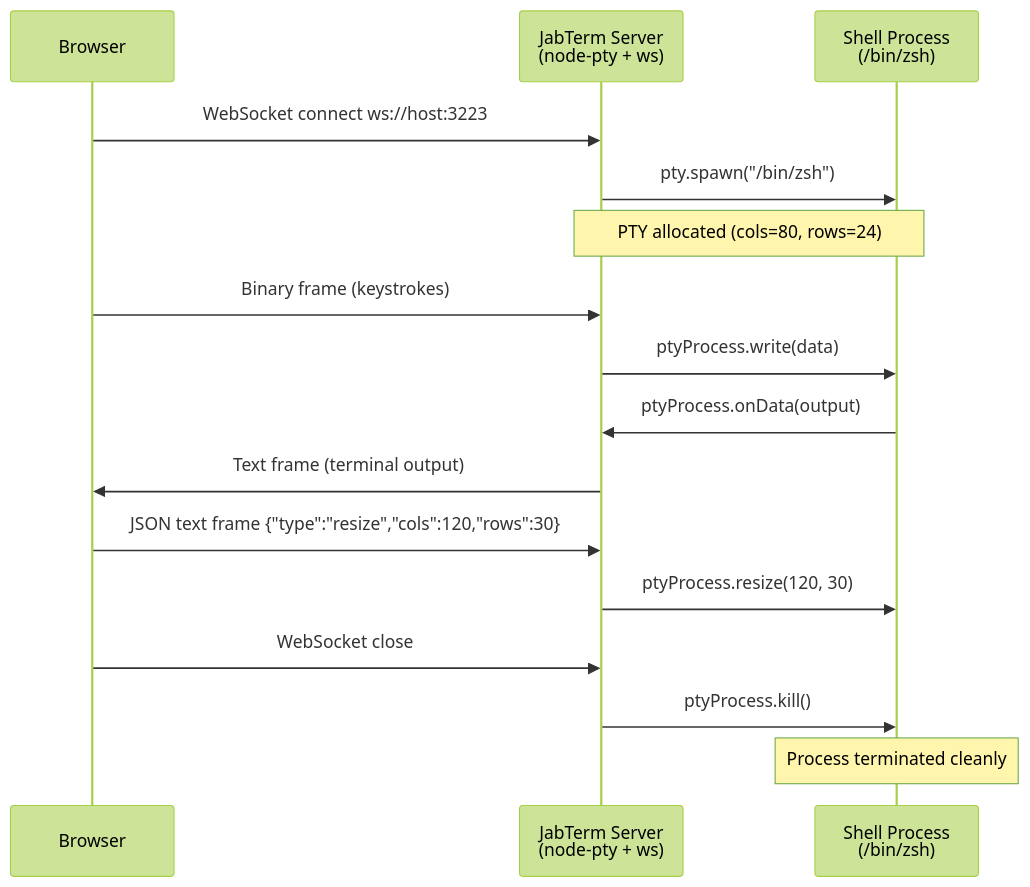
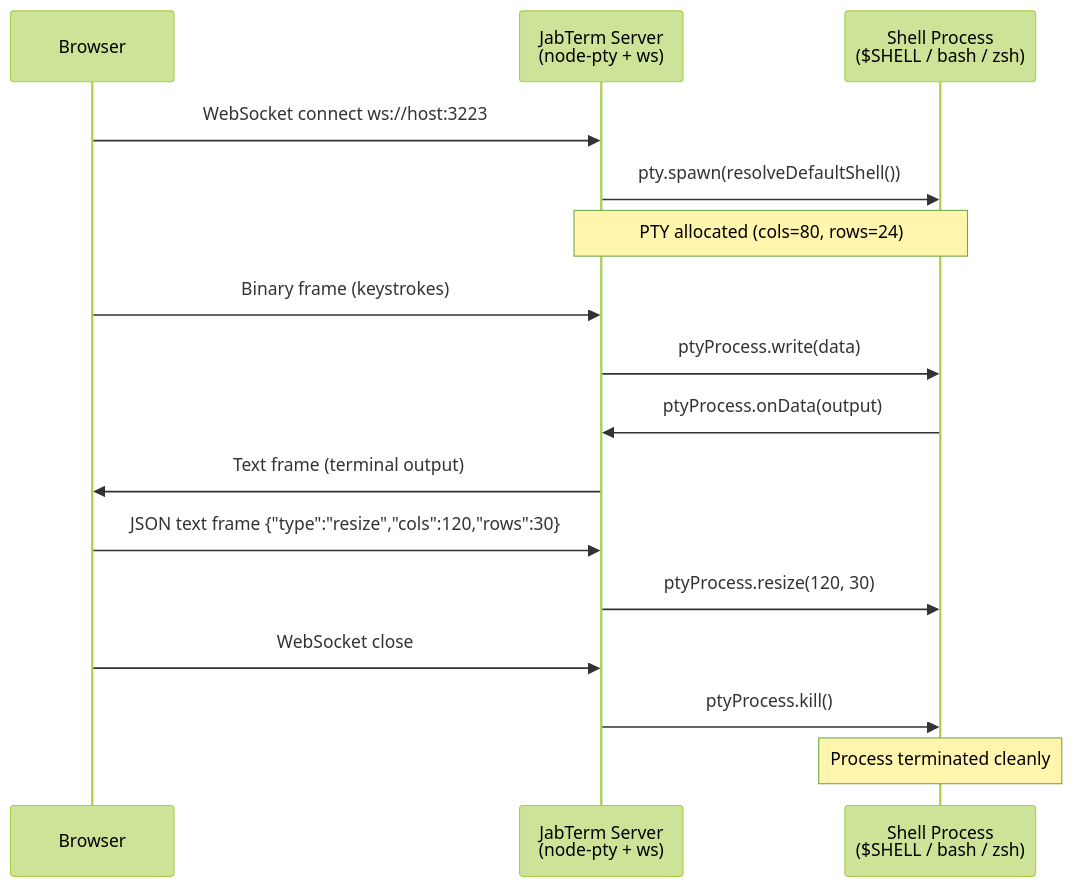
The first of 3 diagrams in docs/ARCHITECTURE.md (holiber/jabterm), drawn with Mermaid (forest theme) before and after one commit. The commit also changed 4 other files, not shown here.

Commit message:
Fix default shell selection on Linux

````diff
--- a/docs/ARCHITECTURE.md
+++ b/docs/ARCHITECTURE.md
@@ -14,22 +14,22 @@
 ```mermaid
 sequenceDiagram
     participant Browser
     participant JabTermServer as JabTerm Server<br/>(node-pty + ws)
-    participant Shell as Shell Process<br/>(/bin/zsh)
+    participant Shell as Shell Process<br/>($SHELL / bash / zsh)
 
     Browser->>JabTermServer: WebSocket connect ws://host:3223
-    JabTermServer->>Shell: pty.spawn("/bin/zsh")
+    JabTermServer->>Shell: pty.spawn(resolveDefaultShell())
     Note over JabTermServer,Shell: PTY allocated (cols=80, rows=24)
 
     Browser->>JabTermServer: Binary frame (keystrokes)
     JabTermServer->>Shell: ptyProcess.write(data)
     Shell->>JabTermServer: ptyProcess.onData(output)
     JabTermServer->>Browser: Text frame (terminal output)
 
     Browser->>JabTermServer: JSON text frame {"type":"resize","cols":120,"rows":30}
     JabTermServer->>Shell: ptyProcess.resize(120, 30)
 
     Browser->>JabTermServer: WebSocket close
     JabTermServer->>Shell: ptyProcess.kill()
     Note over Shell: Process terminated cleanly
 ```
````
